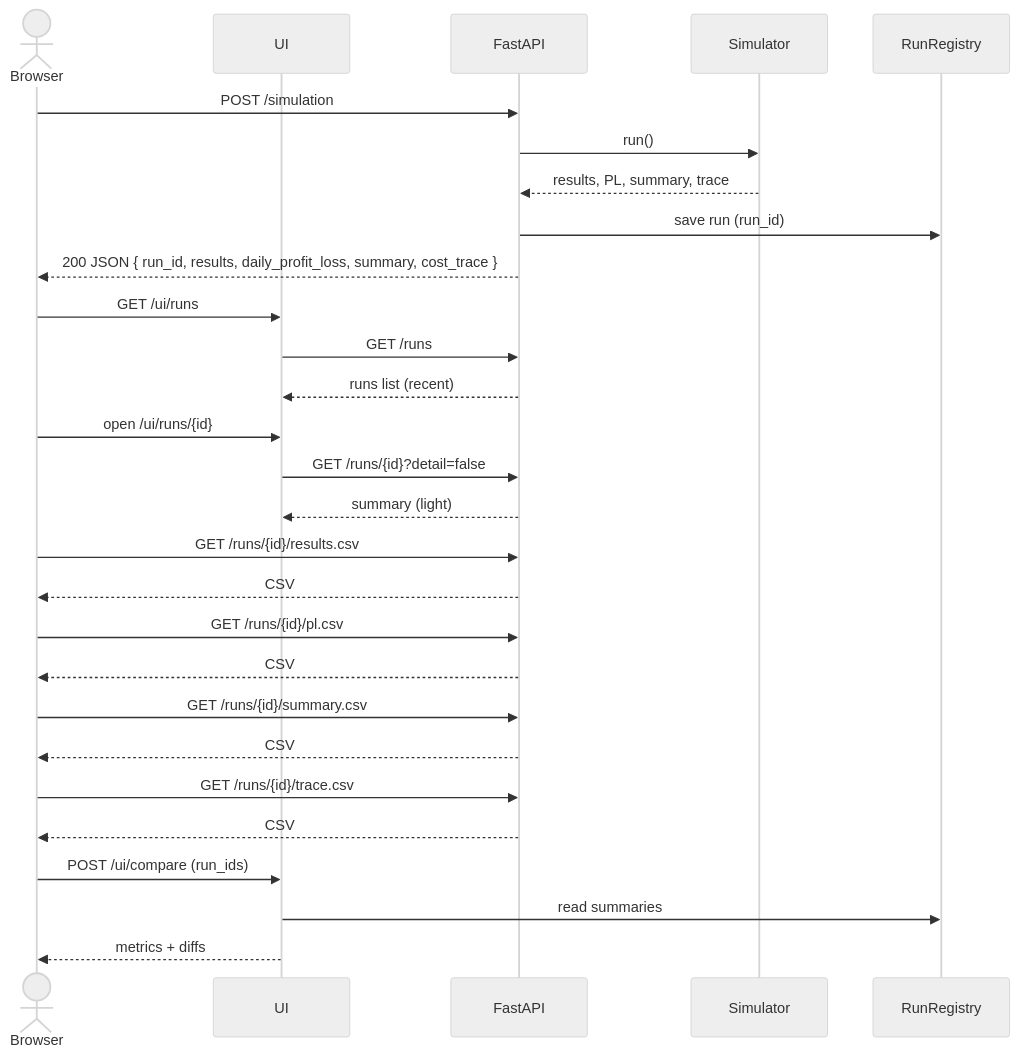
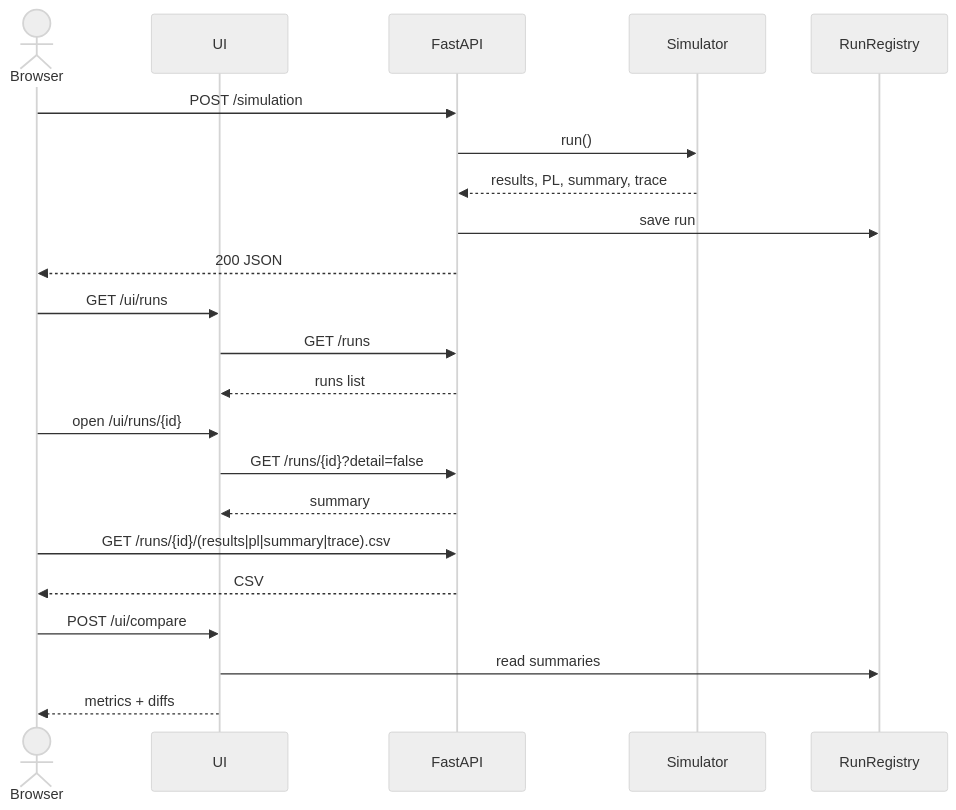
The third of 3 diagrams in README.md (miumigy/scpln), drawn with Mermaid (neutral theme) before and after one commit. The commit also changed other lines of this file, not shown here.

Commit message:
docs(readme): restructure with clear sections, unified sequence diagram, API/UI/CSV/RunRegistry grouped; add TOC

````diff
--- a/README.md
+++ b/README.md
@@ -626,40 +205,34 @@
 ```mermaid
 sequenceDiagram
   actor User as Browser
   participant UI as UI
   participant API as FastAPI
   participant Sim as Simulator
   participant REG as RunRegistry
 
-  %% 実行
+  %% Run 実行
   User->>API: POST /simulation
   API->>Sim: run()
   Sim-->>API: results, PL, summary, trace
-  API->>REG: save run (run_id)
-  API-->>User: 200 JSON { run_id, results, daily_profit_loss, summary, cost_trace }
+  API->>REG: save run
+  API-->>User: 200 JSON
 
   %% 履歴一覧
   User->>UI: GET /ui/runs
   UI->>API: GET /runs
-  API-->>UI: runs list (recent)
+  API-->>UI: runs list
 
   %% 詳細
   User->>UI: open /ui/runs/{id}
   UI->>API: GET /runs/{id}?detail=false
-  API-->>UI: summary (light)
+  API-->>UI: summary
 
-  %% CSV エクスポート
-  User->>API: GET /runs/{id}/results.csv
-  API-->>User: CSV
-  User->>API: GET /runs/{id}/pl.csv
-  API-->>User: CSV
-  User->>API: GET /runs/{id}/summary.csv
-  API-->>User: CSV
-  User->>API: GET /runs/{id}/trace.csv
+  %% CSVs
+  User->>API: GET /runs/{id}/(results|pl|summary|trace).csv
   API-->>User: CSV
 
   %% 比較
-  User->>UI: POST /ui/compare (run_ids)
+  User->>UI: POST /ui/compare
   UI->>REG: read summaries
   UI-->>User: metrics + diffs
 ```
````
